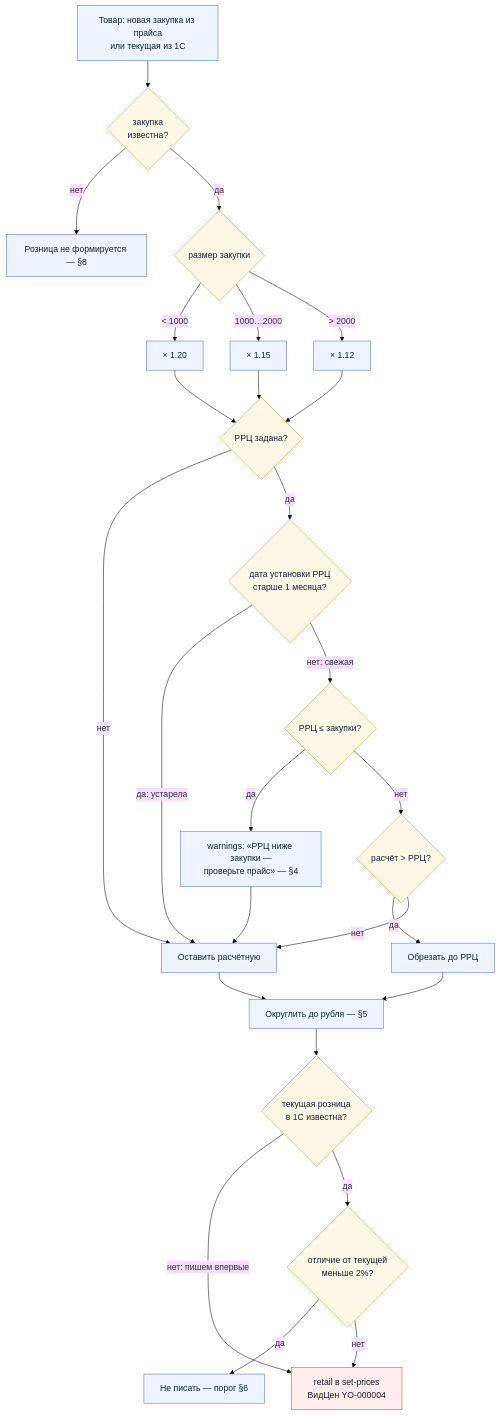
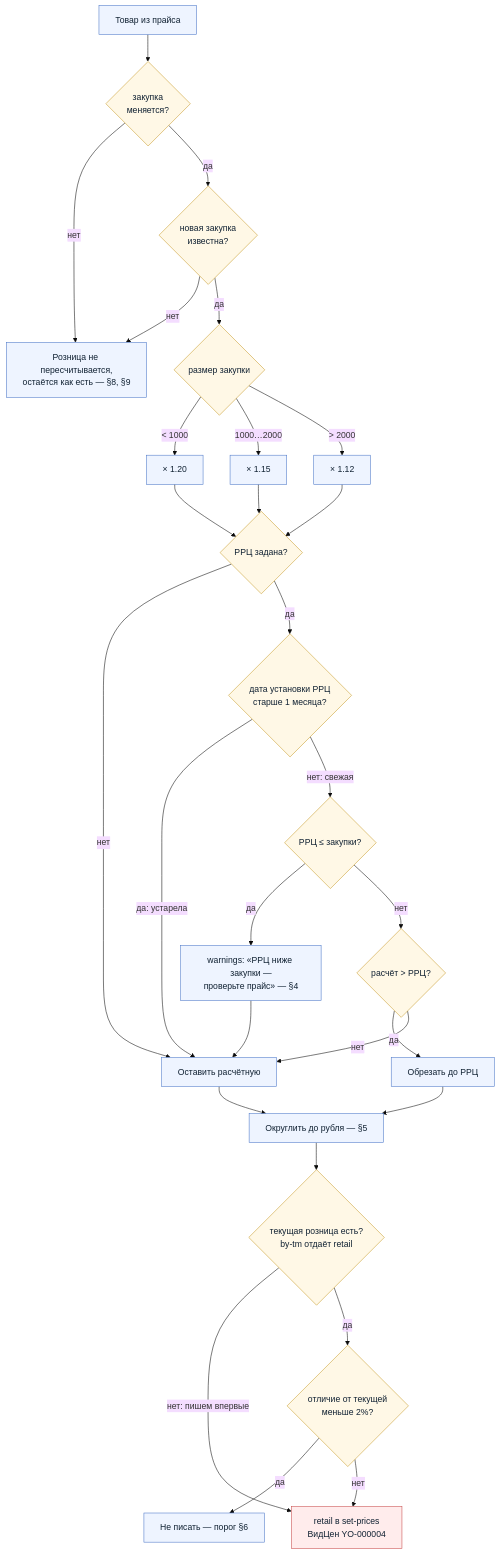
Before and after one commit to AlexanderFredy/norwik-helper: the seventh of 12 diagrams in specs/content-manager-flows.md, drawn with Mermaid (base theme). The commit also changed other lines of this file and 5 other files, not shown here.

````diff
--- a/specs/content-manager-flows.md
+++ b/specs/content-manager-flows.md
@@ -283,50 +283,53 @@
 ```mermaid
 flowchart TD
-    IN["Товар: новая закупка из прайса<br/>или текущая из 1С"]:::act
-    HASP{"закупка<br/>известна?"}:::dec
-    NONE["Розница не формируется — §8"]:::act
+    IN["Товар из прайса"]:::act
+    CHG{"закупка<br/>меняется?"}:::dec
+    HASP{"новая закупка<br/>известна?"}:::dec
+    NONE["Розница не пересчитывается,<br/>остаётся как есть — §8, §9"]:::act
 
     TIER{"размер закупки"}:::dec
     M20["× 1.20"]:::act
     M15["× 1.15"]:::act
     M12["× 1.12"]:::act
 
     RRC{"РРЦ задана?"}:::dec
     AGE{"дата установки РРЦ<br/>старше 1 месяца?"}:::dec
     LOW{"РРЦ ≤ закупки?"}:::dec
     WARN["warnings: «РРЦ ниже закупки —<br/>проверьте прайс» — §4"]:::act
     CAP{"расчёт > РРЦ?"}:::dec
     CUT["Обрезать до РРЦ"]:::act
     KEEP["Оставить расчётную"]:::act
 
     ROUND["Округлить до рубля — §5"]:::act
-    KNOWN{"текущая розница<br/>в 1С известна?"}:::dec
+    KNOWN{"текущая розница есть?<br/>by-tm отдаёт retail"}:::dec
     SAME{"отличие от текущей<br/>меньше 2%?"}:::dec
     SKIP["Не писать — порог §6"]:::act
     OUT["retail в set-prices<br/>ВидЦен YO-000004"]:::write
 
-    IN --> HASP
+    IN --> CHG
+    CHG -- "нет" --> NONE
+    CHG -- "да" --> HASP
     HASP -- "нет" --> NONE
     HASP -- "да" --> TIER
     TIER -- "< 1000" --> M20 --> RRC
     TIER -- "1000…2000" --> M15 --> RRC
     TIER -- "> 2000" --> M12 --> RRC
 
     RRC -- "нет" --> KEEP
     RRC -- "да" --> AGE
     AGE -- "да: устарела" --> KEEP
     AGE -- "нет: свежая" --> LOW
     LOW -- "да" --> WARN --> KEEP
     LOW -- "нет" --> CAP
     CAP -- "да" --> CUT --> ROUND
     CAP -- "нет" --> KEEP
     KEEP --> ROUND --> KNOWN
     KNOWN -- "нет: пишем впервые" --> OUT
     KNOWN -- "да" --> SAME
     SAME -- "да" --> SKIP
     SAME -- "нет" --> OUT
 
     classDef act fill:#eef4ff,stroke:#4a76c7,color:#123
     classDef dec fill:#fff8e6,stroke:#c79a29,color:#123
     classDef write fill:#ffecec,stroke:#c74a4a,color:#123
 ```
````
